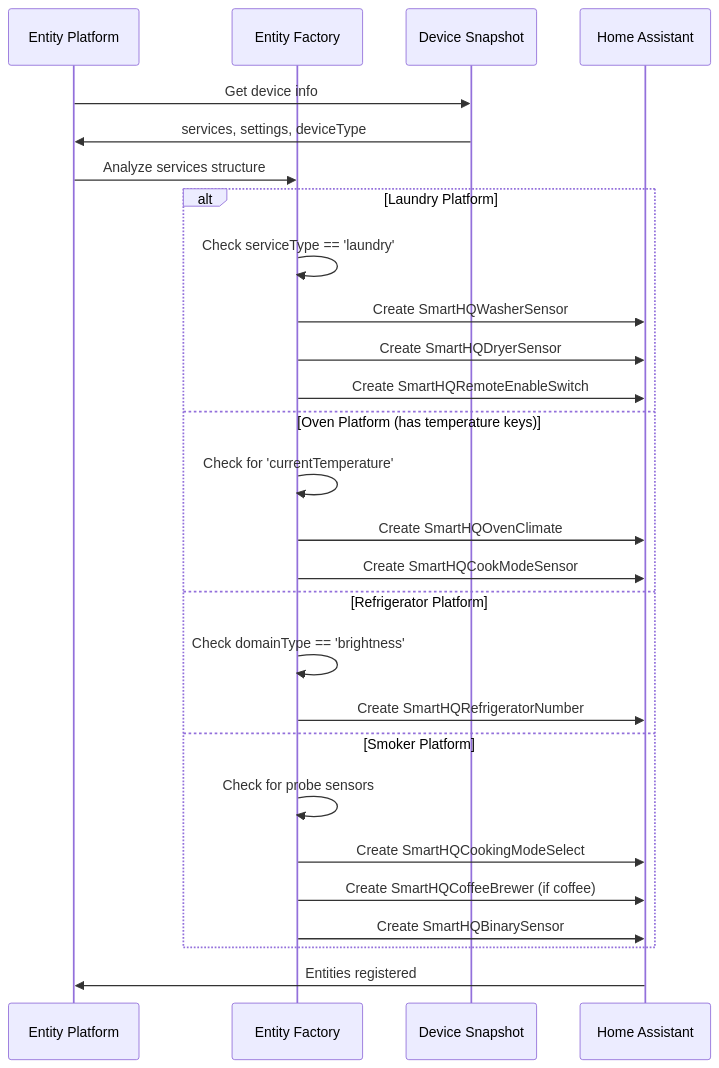
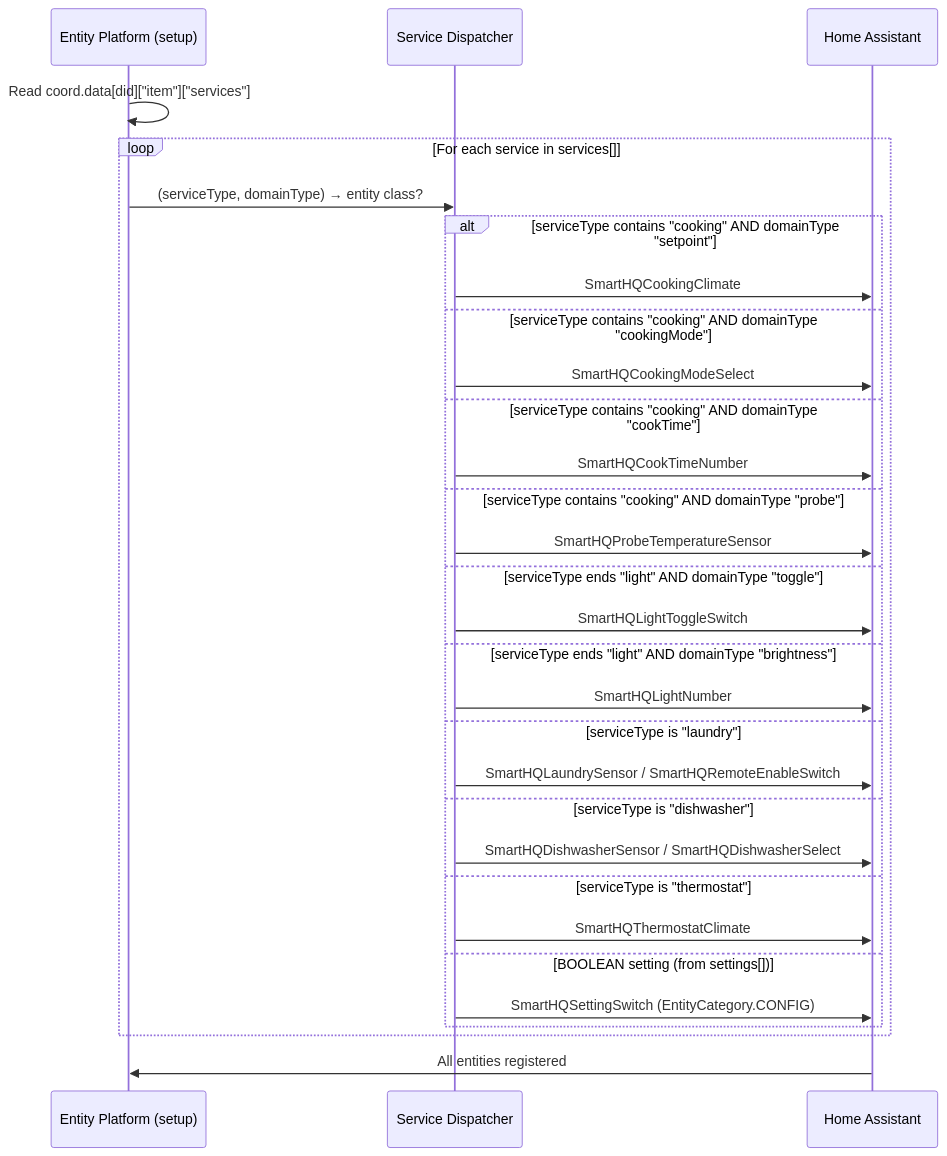
Before and after one commit to geappliances/geappliances-smarthq-integration: the seventh of 8 diagrams in docs/SEQUENCE_DIAGRAMS.md, drawn with Mermaid. The commit also changed other lines of this file, not shown here.

First line of the commit message:
docs: update sequence diagrams for service-based architecture

````diff
--- a/docs/SEQUENCE_DIAGRAMS.md
+++ b/docs/SEQUENCE_DIAGRAMS.md
@@ -228,33 +296,36 @@
 ```mermaid
 sequenceDiagram
-    participant Platform as Entity Platform
-    participant Factory as Entity Factory
-    participant Device as Device Snapshot
+    participant Platform as Entity Platform (setup)
+    participant Dispatch as Service Dispatcher
     participant HA as Home Assistant
 
-    Platform->>Device: Get device info
-    Device->>Platform: services, settings, deviceType
-    
-    Platform->>Factory: Analyze services structure
-    
-    alt Laundry Platform
-        Factory->>Factory: Check serviceType == 'laundry'
-        Factory->>HA: Create SmartHQWasherSensor
-        Factory->>HA: Create SmartHQDryerSensor
-        Factory->>HA: Create SmartHQRemoteEnableSwitch
-    else Oven Platform (has temperature keys)
-        Factory->>Factory: Check for 'currentTemperature'
-        Factory->>HA: Create SmartHQOvenClimate
-        Factory->>HA: Create SmartHQCookModeSensor
-    else Refrigerator Platform
-        Factory->>Factory: Check domainType == 'brightness'
-        Factory->>HA: Create SmartHQRefrigeratorNumber
-    else Smoker Platform
-        Factory->>Factory: Check for probe sensors
-        Factory->>HA: Create SmartHQCookingModeSelect
-        Factory->>HA: Create SmartHQCoffeeBrewer (if coffee)
-        Factory->>HA: Create SmartHQBinarySensor
+    Platform->>Platform: Read coord.data[did]["item"]["services"]
+
+    loop For each service in services[]
+        Platform->>Dispatch: (serviceType, domainType) → entity class?
+
+        alt serviceType contains "cooking" AND domainType "setpoint"
+            Dispatch->>HA: SmartHQCookingClimate
+        else serviceType contains "cooking" AND domainType "cookingMode"
+            Dispatch->>HA: SmartHQCookingModeSelect
+        else serviceType contains "cooking" AND domainType "cookTime"
+            Dispatch->>HA: SmartHQCookTimeNumber
+        else serviceType contains "cooking" AND domainType "probe"
+            Dispatch->>HA: SmartHQProbeTemperatureSensor
+        else serviceType ends "light" AND domainType "toggle"
+            Dispatch->>HA: SmartHQLightToggleSwitch
+        else serviceType ends "light" AND domainType "brightness"
+            Dispatch->>HA: SmartHQLightNumber
+        else serviceType is "laundry"
+            Dispatch->>HA: SmartHQLaundrySensor / SmartHQRemoteEnableSwitch
+        else serviceType is "dishwasher"
+            Dispatch->>HA: SmartHQDishwasherSensor / SmartHQDishwasherSelect
+        else serviceType is "thermostat"
+            Dispatch->>HA: SmartHQThermostatClimate
+        else BOOLEAN setting (from settings[])
+            Dispatch->>HA: SmartHQSettingSwitch (EntityCategory.CONFIG)
+        end
     end
-    
-    HA->>Platform: Entities registered
+
+    HA->>Platform: All entities registered
 ```
````
